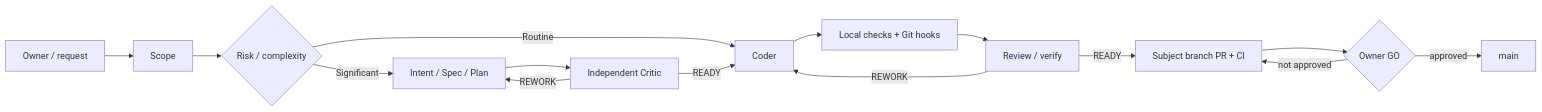
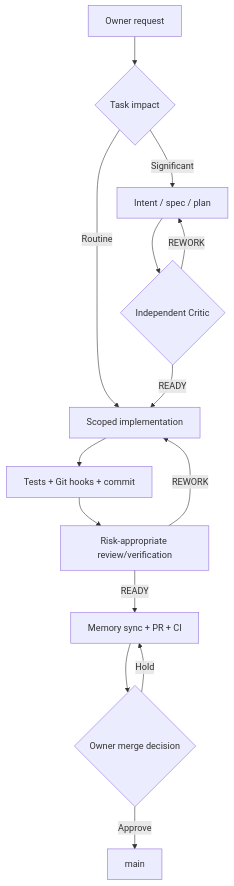
The first of 2 diagrams in docs/architecture/overview.md (oleyna80/agentic-sdlc-lite), drawn with Mermaid before and after one commit. The commit also changed other lines of this file and 27 other files, not shown here.

Commit message:
docs: consolidate Lite authority, agent roles and Git-backed project memory

````diff
--- a/docs/architecture/overview.md
+++ b/docs/architecture/overview.md
@@ -7,17 +7,16 @@
 ```mermaid
-flowchart LR
-    O["Owner / request"] --> S["Scope"]
-    S --> R{"Risk / complexity"}
-    R -->|Routine| C["Coder"]
-    R -->|Significant| P["Intent / Spec / Plan"]
-    P --> K["Independent Critic"]
-    K -->|READY| C
-    K -->|REWORK| P
-    C --> T["Local checks + Git hooks"]
-    T --> V["Review / verify"]
-    V -->|REWORK| C
-    V -->|READY| PR["Subject branch PR + CI"]
-    PR --> GO{"Owner GO"}
-    GO -->|approved| M["main"]
-    GO -->|not approved| PR
+flowchart TD
+    O["Owner request"] --> P{"Task impact"}
+    P -->|Routine| I["Scoped implementation"]
+    P -->|Significant| S["Intent / spec / plan"]
+    S --> C{"Independent Critic"}
+    C -->|REWORK| S
+    C -->|READY| I
+    I --> T["Tests + Git hooks + commit"]
+    T --> V["Risk-appropriate review/verification"]
+    V -->|REWORK| I
+    V -->|READY| M["Memory sync + PR + CI"]
+    M --> GO{"Owner merge decision"}
+    GO -->|Approve| MAIN["main"]
+    GO -->|Hold| M
 ```
````
